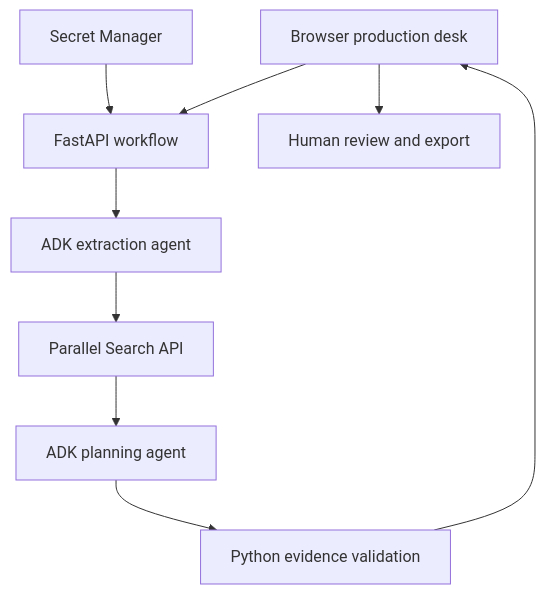
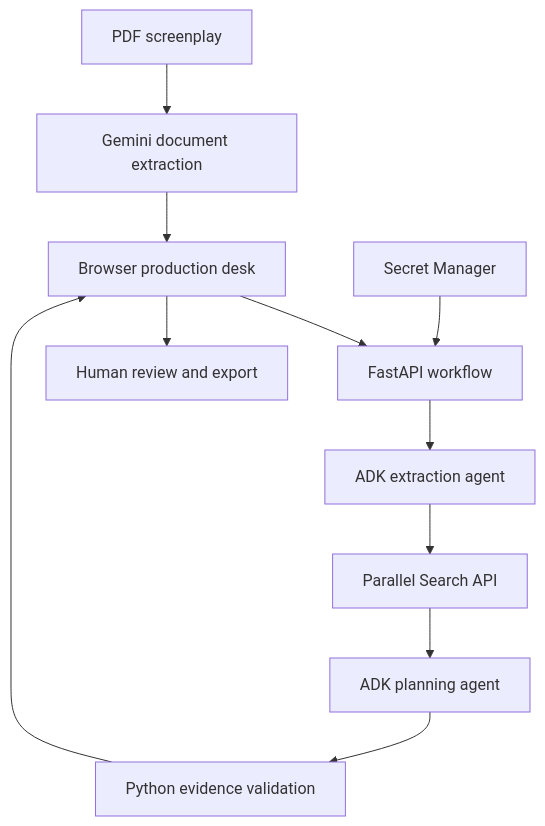
Before and after one commit to Akarsh-42/sceneready-studio: the diagram in README.md, drawn with Mermaid. The commit also changed other lines of this file and 9 other files, not shown here.

Commit message:
Add secure Gemini PDF screenplay import

````diff
--- a/README.md
+++ b/README.md
@@ -59,11 +60,13 @@
 ```mermaid
 flowchart TD
   UI[Browser production desk] --> API[FastAPI workflow]
+  PDF[PDF screenplay] --> GeminiDocs[Gemini document extraction]
+  GeminiDocs --> UI
   API --> Extract[ADK extraction agent]
   Extract --> Research[Parallel Search API]
   Research --> Plan[ADK planning agent]
   Plan --> Validate[Python evidence validation]
   Validate --> UI
   UI --> Review[Human review and export]
   Secrets[Secret Manager] --> API
 ```
````
